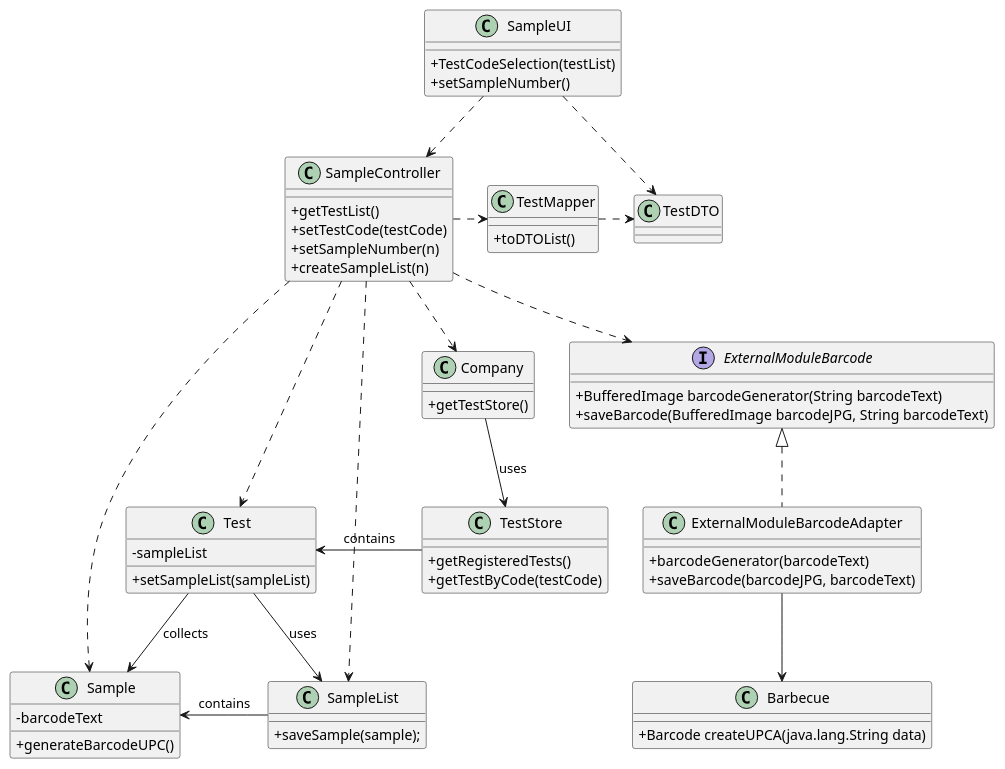
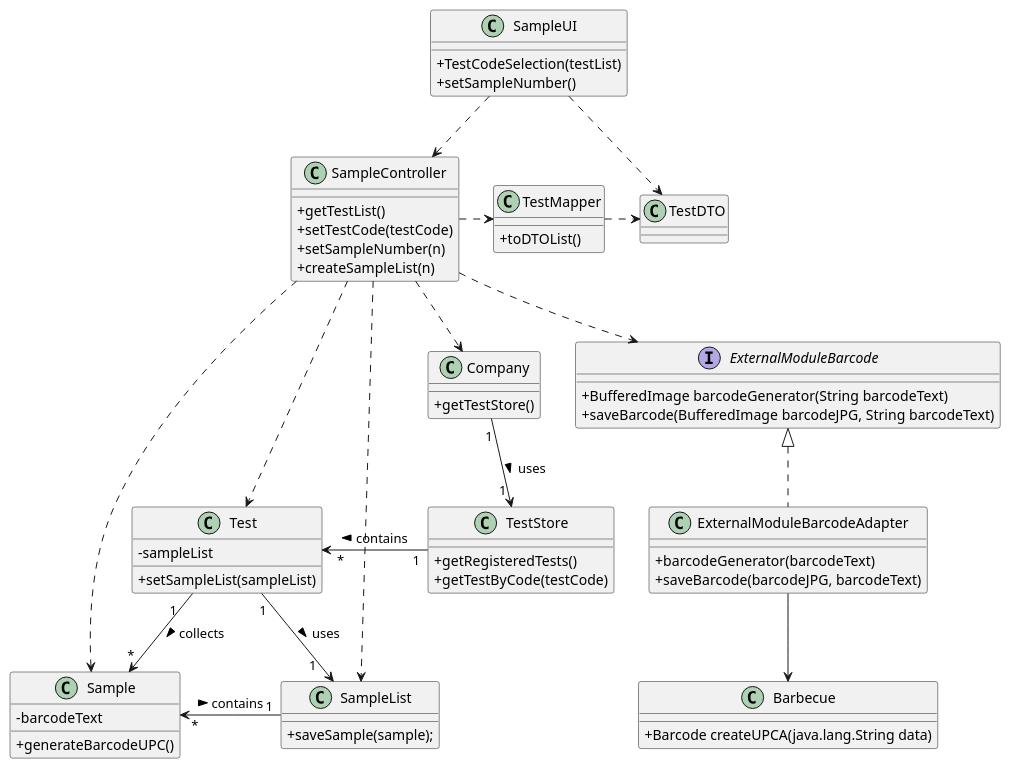
The diagram in docs/SprintC/US5/US5_CD.puml (MadDinosaur/ISEP-LAPR2), drawn with PlantUML before and after one commit. The commit also changed 4 other files, not shown here.

```diff
--- a/docs/SprintC/US5/US5_CD.puml
+++ b/docs/SprintC/US5/US5_CD.puml
@@ -1,79 +1,79 @@
 @startuml
 
 skinparam classAttributeIconSize 0
 
 class SampleUI {
 +TestCodeSelection(testList)
 +setSampleNumber()
 }
 
 class SampleController {
 +getTestList()
 +setTestCode(testCode)
 +setSampleNumber(n)
 +createSampleList(n)
 }
 
 interface ExternalModuleBarcode {
 +BufferedImage barcodeGenerator(String barcodeText)
 +saveBarcode(BufferedImage barcodeJPG, String barcodeText)
 }
 
 class ExternalModuleBarcodeAdapter {
 +barcodeGenerator(barcodeText)
 +saveBarcode(barcodeJPG, barcodeText)
 }
 
 class Barbecue {
 +Barcode createUPCA(java.lang.String data)
 }
 
 class Company {
 +getTestStore()
 }
 
 
 class TestMapper {
 +toDTOList()
 }
 
 class TestDTO {
 }
 
 class Sample {
 -barcodeText
 +generateBarcodeUPC()
 }
 
 class SampleList {
 +saveSample(sample);
 }
 
 class TestStore {
 +getRegisteredTests()
 +getTestByCode(testCode)
 }
 
 class Test {
 -sampleList
 +setSampleList(sampleList)
 }
 
 SampleUI ..> SampleController
 ExternalModuleBarcode <|.. ExternalModuleBarcodeAdapter
 ExternalModuleBarcodeAdapter --> Barbecue
 SampleController ..> Company
 SampleController .> TestMapper
 TestMapper .> TestDTO
 SampleController ..> Sample
 SampleController ..> ExternalModuleBarcode
 SampleController ..> SampleList
 SampleController ...> Test
-Company --> TestStore : uses
-Test --> Sample : collects
-TestStore -> Test : contains
-Sample <- SampleList : contains
-Test -> SampleList : uses
+Company "1"-->"1 " TestStore : uses >
+Test " 1   "-->"*" Sample : collects >
+TestStore "        1"->"  *     " Test : contains >
+Sample " *   "<-"   1" SampleList : contains >
+Test "1"->"1   " SampleList : uses >
 SampleUI ..> TestDTO
 
 @enduml
```
